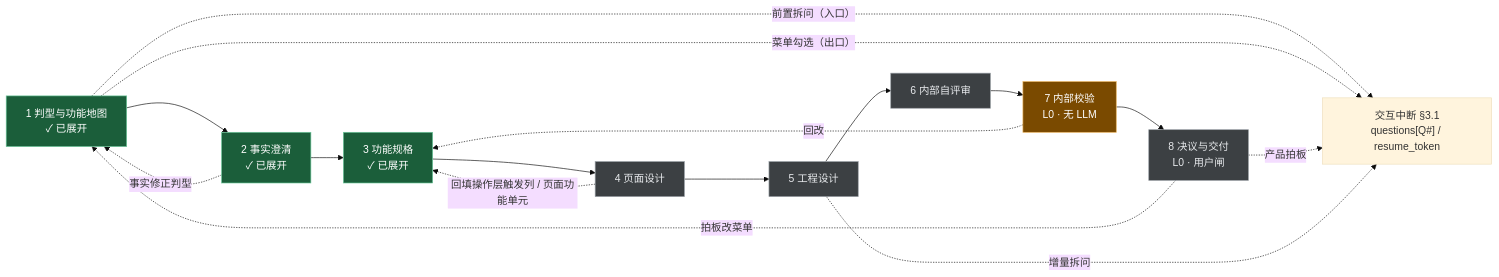
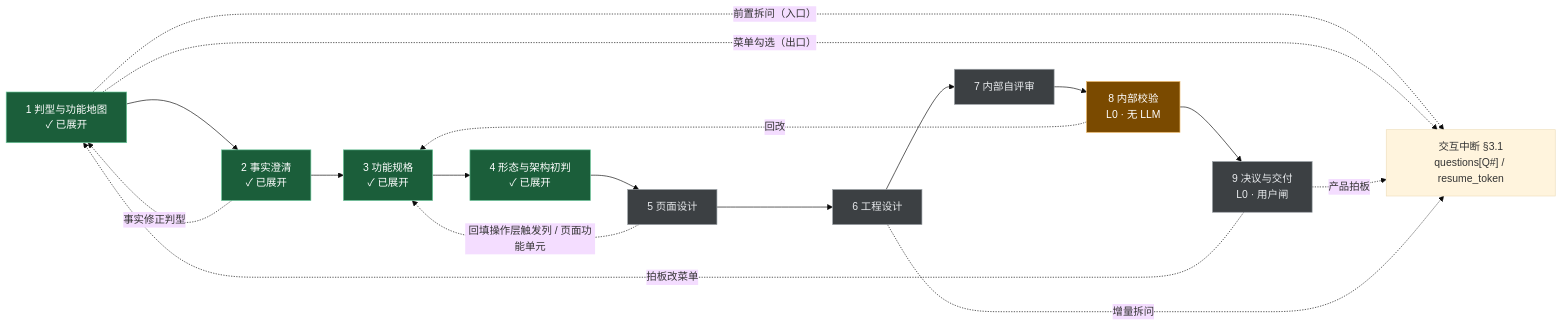
The diagram in docs/DESIGN.md (jianghua-developer/ai-foundation-spec-chain), drawn with Mermaid (base theme) before and after one commit. The commit also changed other lines of this file and 4 other files, not shown here.

````diff
--- a/docs/DESIGN.md
+++ b/docs/DESIGN.md
@@ -193,27 +194,28 @@
 ```mermaid
 flowchart LR
     N1["1 判型与功能地图<br/>✓ 已展开"] --> N2["2 事实澄清<br/>✓ 已展开"]
     N2 --> N3["3 功能规格<br/>✓ 已展开"]
-    N3 --> N4["4 页面设计"]
-    N4 --> N5["5 工程设计"]
-    N5 --> N6["6 内部自评审"]
-    N6 --> N7["7 内部校验<br/>L0 · 无 LLM"]
-    N7 --> N8["8 决议与交付<br/>L0 · 用户闸"]
+    N3 --> N4["4 形态与架构初判<br/>✓ 已展开"]
+    N4 --> N5["5 页面设计"]
+    N5 --> N6["6 工程设计"]
+    N6 --> N7["7 内部自评审"]
+    N7 --> N8["8 内部校验<br/>L0 · 无 LLM"]
+    N8 --> N9["9 决议与交付<br/>L0 · 用户闸"]
 
     N1 -.->|"前置拆问（入口）"| GATE["交互中断 §3.1<br/>questions[Q#] / resume_token"]
     N1 -.->|"菜单勾选（出口）"| GATE
-    N8 -.->|"产品拍板"| GATE
+    N9 -.->|"产品拍板"| GATE
 
-    N4 -.->|"回填操作层触发列 / 页面功能单元"| N3
-    N7 -.->|"回改"| N3
+    N5 -.->|"回填操作层触发列 / 页面功能单元"| N3
+    N8 -.->|"回改"| N3
     N2 -.->|"事实修正判型"| N1
-    N5 -.->|"增量拆问"| GATE
-    N8 -.->|"拍板改菜单"| N1
+    N6 -.->|"增量拆问"| GATE
+    N9 -.->|"拍板改菜单"| N1
 
     classDef done fill:#1b5e3a,stroke:#6cc79b,color:#ffffff
     classDef todo fill:#3c4043,stroke:#9aa0a6,color:#e8eaed
     classDef det fill:#7a4a00,stroke:#e8b25c,color:#ffffff
-    class N1,N2,N3 done
-    class N4,N5,N6,N8 todo
-    class N7 det
+    class N1,N2,N3,N4 done
+    class N5,N6,N7,N9 todo
+    class N8 det
 ```
````
